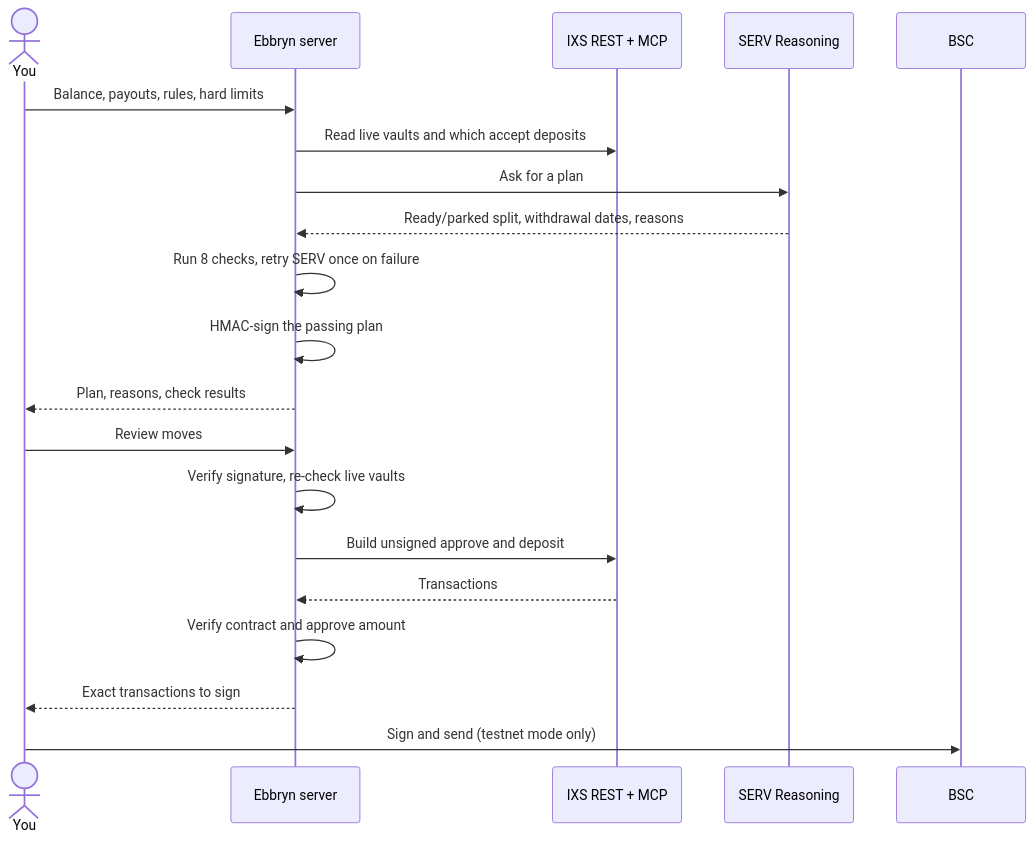
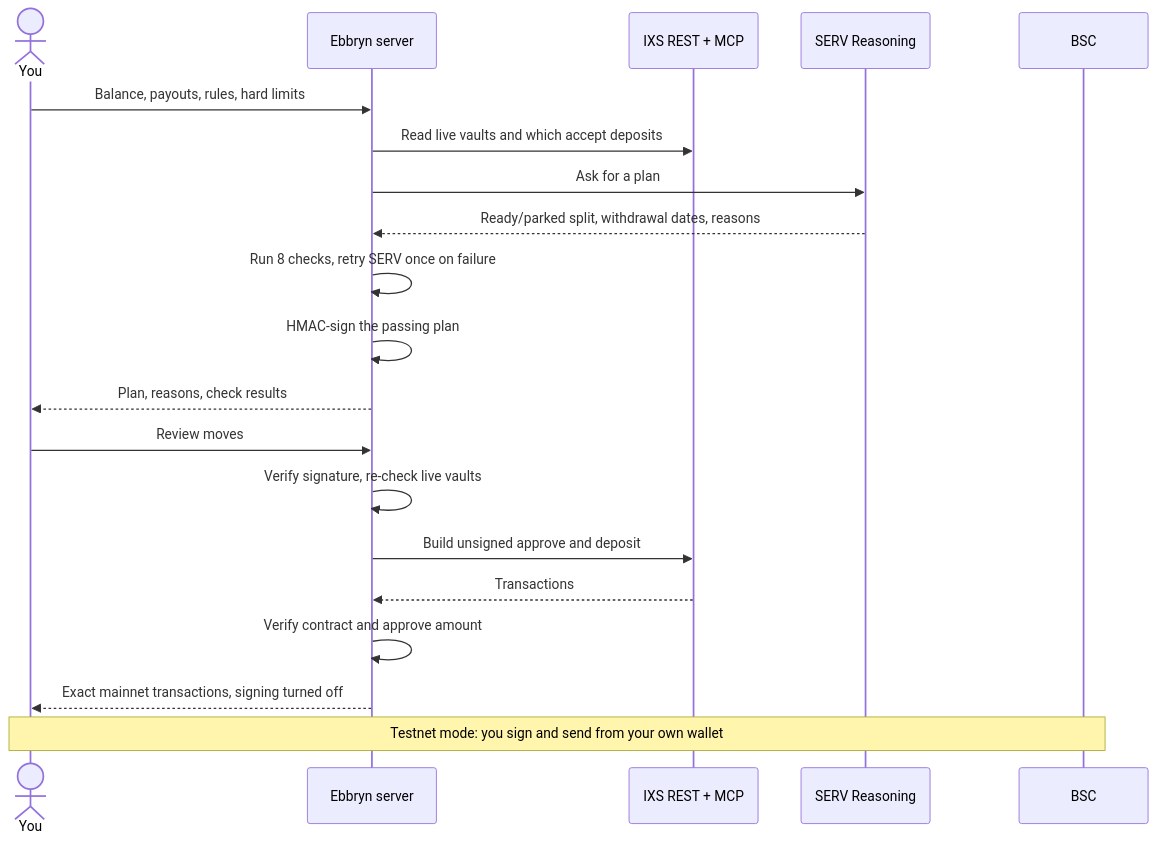
Before and after one commit to mystiquemide/ebbryn: the diagram in README.md, drawn with Mermaid. The commit also changed other lines of this file and 1 other file, not shown here.

Commit message:
Align README with the mainnet preview and use a mainnet Moves screenshot

````diff
--- a/README.md
+++ b/README.md
@@ -48,23 +48,23 @@
 ```mermaid
 sequenceDiagram
     actor You
     participant App as Ebbryn server
     participant IXS as IXS REST + MCP
     participant SERV as SERV Reasoning
     participant Chain as BSC
 
     You->>App: Balance, payouts, rules, hard limits
     App->>IXS: Read live vaults and which accept deposits
     App->>SERV: Ask for a plan
     SERV-->>App: Ready/parked split, withdrawal dates, reasons
     App->>App: Run 8 checks, retry SERV once on failure
     App->>App: HMAC-sign the passing plan
     App-->>You: Plan, reasons, check results
     You->>App: Review moves
     App->>App: Verify signature, re-check live vaults
     App->>IXS: Build unsigned approve and deposit
     IXS-->>App: Transactions
     App->>App: Verify contract and approve amount
-    App-->>You: Exact transactions to sign
-    You->>Chain: Sign and send (testnet mode only)
+    App-->>You: Exact mainnet transactions, signing turned off
+    Note over You,Chain: Testnet mode: you sign and send from your own wallet
 ```
````
